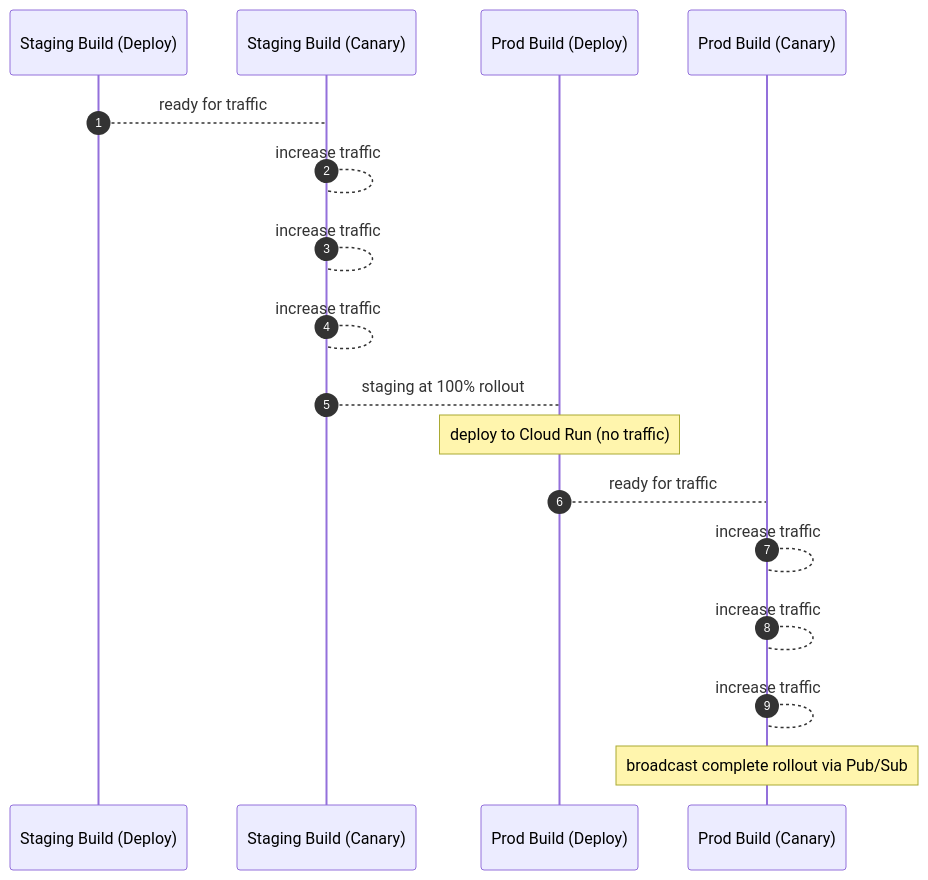
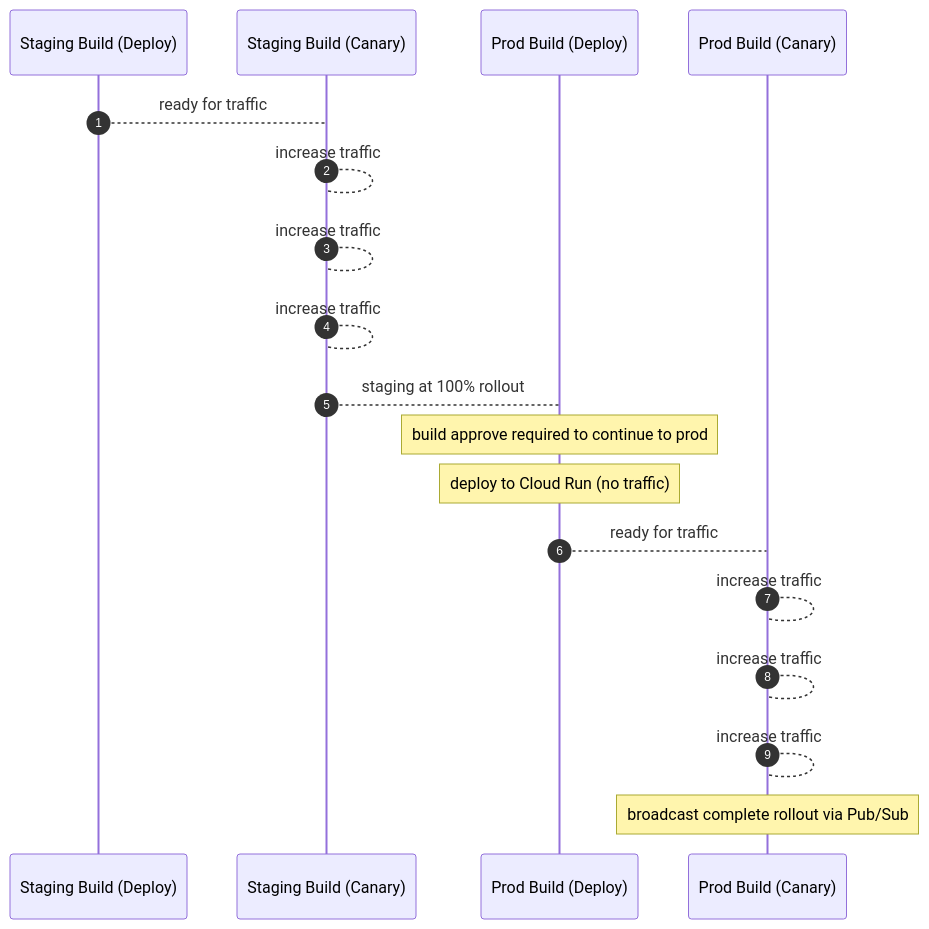
Before and after one commit to GoogleCloudPlatform/emblem: the second of 4 diagrams in docs/delivery.md, drawn with Mermaid. The commit also changed other lines of this file and 1 other file, not shown here.

Commit message:
refactor: adding more docs around build triggers in ci/cd flow

````diff
--- a/docs/delivery.md
+++ b/docs/delivery.md
@@ -51,21 +52,22 @@
 ```mermaid
 sequenceDiagram
   autonumber
   participant Staging Build (Deploy)
   participant Staging Build (Canary)
   participant Prod Build (Deploy)
   participant Prod Build (Canary)
   
   Staging Build (Deploy) --> Staging Build (Canary): ready for traffic
   Staging Build (Canary) --> Staging Build (Canary): increase traffic 
   Staging Build (Canary) --> Staging Build (Canary): increase traffic
   Staging Build (Canary) --> Staging Build (Canary): increase traffic
   Staging Build (Canary) --> Prod Build (Deploy): staging at 100% rollout
+  Note over Prod Build (Deploy): build approve required to continue to prod
   Note over Prod Build (Deploy): deploy to Cloud Run (no traffic)
 
   Prod Build (Deploy) --> Prod Build (Canary): ready for traffic
   Prod Build (Canary) --> Prod Build (Canary): increase traffic 
   Prod Build (Canary) --> Prod Build (Canary): increase traffic 
   Prod Build (Canary) --> Prod Build (Canary): increase traffic 
   Note over Prod Build (Canary): broadcast complete rollout via Pub/Sub
 ```
````
